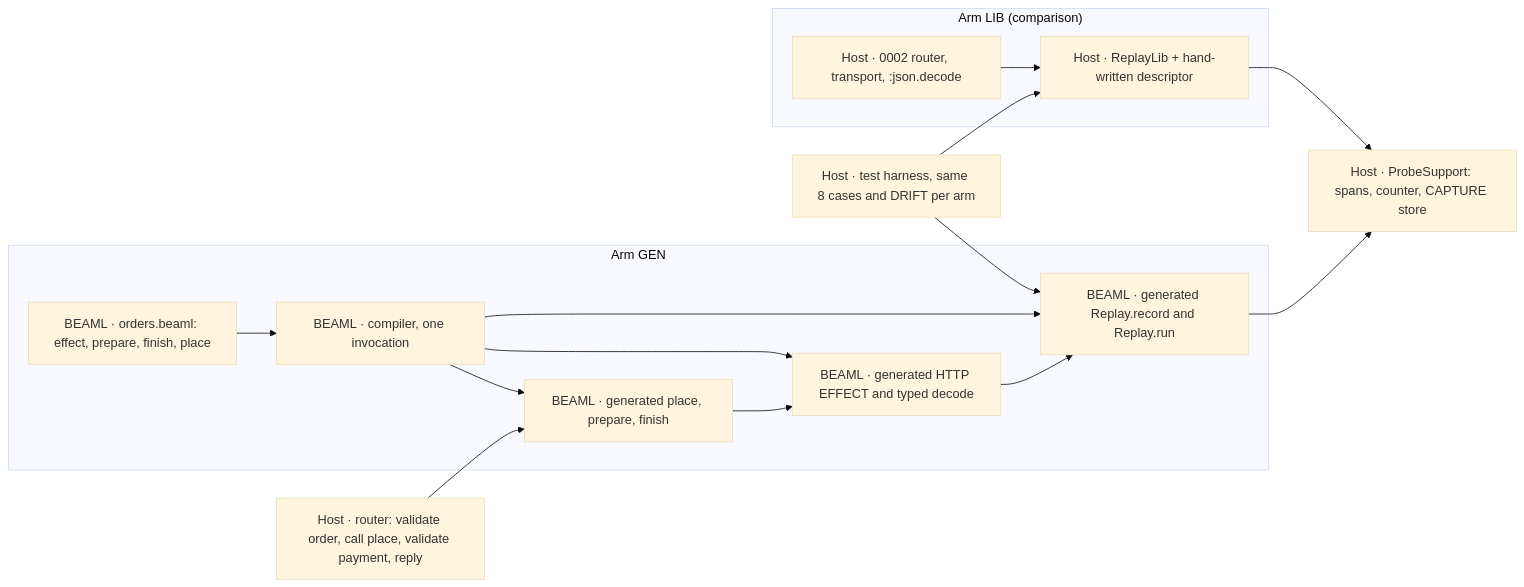
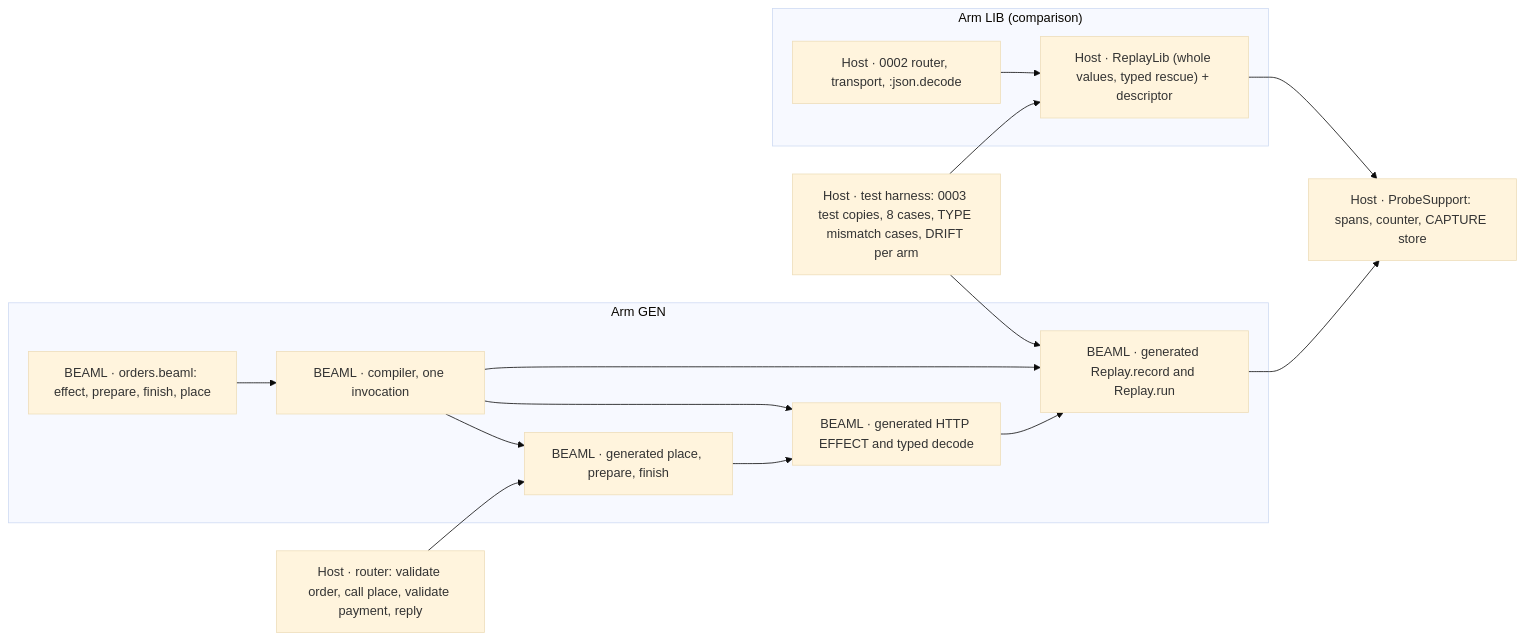
Before and after one commit to 13ue/beaml: the diagram in experiments/0004-generated-replay/README.md, drawn with Mermaid (base theme). The commit also changed other lines of this file and 2 other files, not shown here.

````diff
--- a/experiments/0004-generated-replay/README.md
+++ b/experiments/0004-generated-replay/README.md
@@ -30,18 +31,18 @@
 ```mermaid
 flowchart LR
   subgraph GEN["Arm GEN"]
     S["BEAML · orders.beaml: effect, prepare, finish, place"] --> C["BEAML · compiler, one invocation"]
     C --> P["BEAML · generated place, prepare, finish"]
     C --> T["BEAML · generated HTTP EFFECT and typed decode"]
     C --> R["BEAML · generated Replay.record and Replay.run"]
   end
   subgraph LIB["Arm LIB (comparison)"]
-    LH["Host · 0002 router, transport, :json.decode"] --> LL["Host · ReplayLib + hand-written descriptor"]
+    LH["Host · 0002 router, transport, :json.decode"] --> LL["Host · ReplayLib (whole values, typed rescue) + descriptor"]
   end
   H["Host · router: validate order, call place, validate payment, reply"] --> P
   P --> T --> R
   R --> ST["Host · ProbeSupport: spans, counter, CAPTURE store"]
   LL --> ST
-  X["Host · test harness, same 8 cases and DRIFT per arm"] --> R
+  X["Host · test harness: 0003 test copies, 8 cases, TYPE mismatch cases, DRIFT per arm"] --> R
   X --> LL
 ```
````
